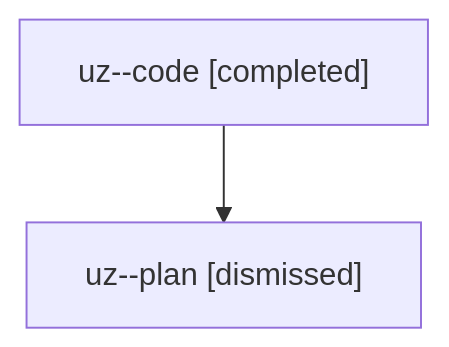
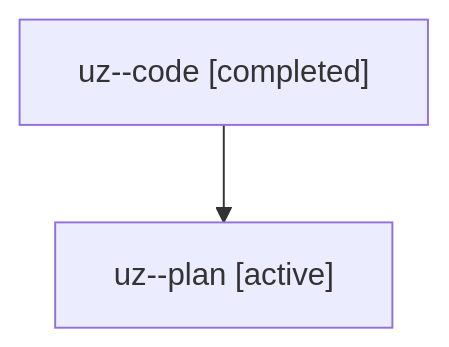
Before and after one commit to sase-org/sase--agents: the diagram in families/bbugyi200.athena.uz.md, drawn with Mermaid. The commit also changed other lines of this file and 35830 other files, not shown here.

````diff
--- a/families/bbugyi200.athena.uz.md
+++ b/families/bbugyi200.athena.uz.md
@@ -9,6 +9,6 @@
 ```mermaid
 flowchart TD
   n0["uz--code [completed]"]
-  n1["uz--plan [dismissed]"]
+  n1["uz--plan [active]"]
   n0 --> n1
 ```
````
